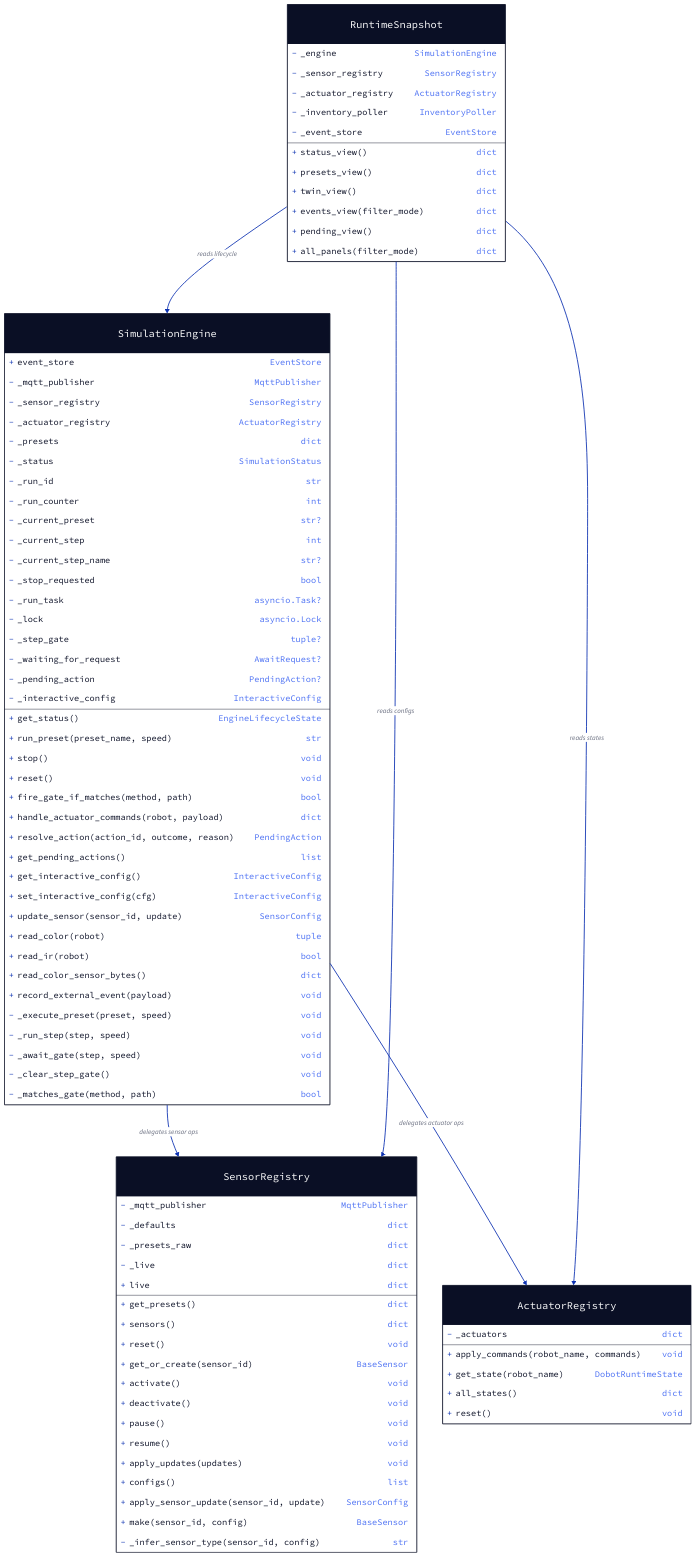
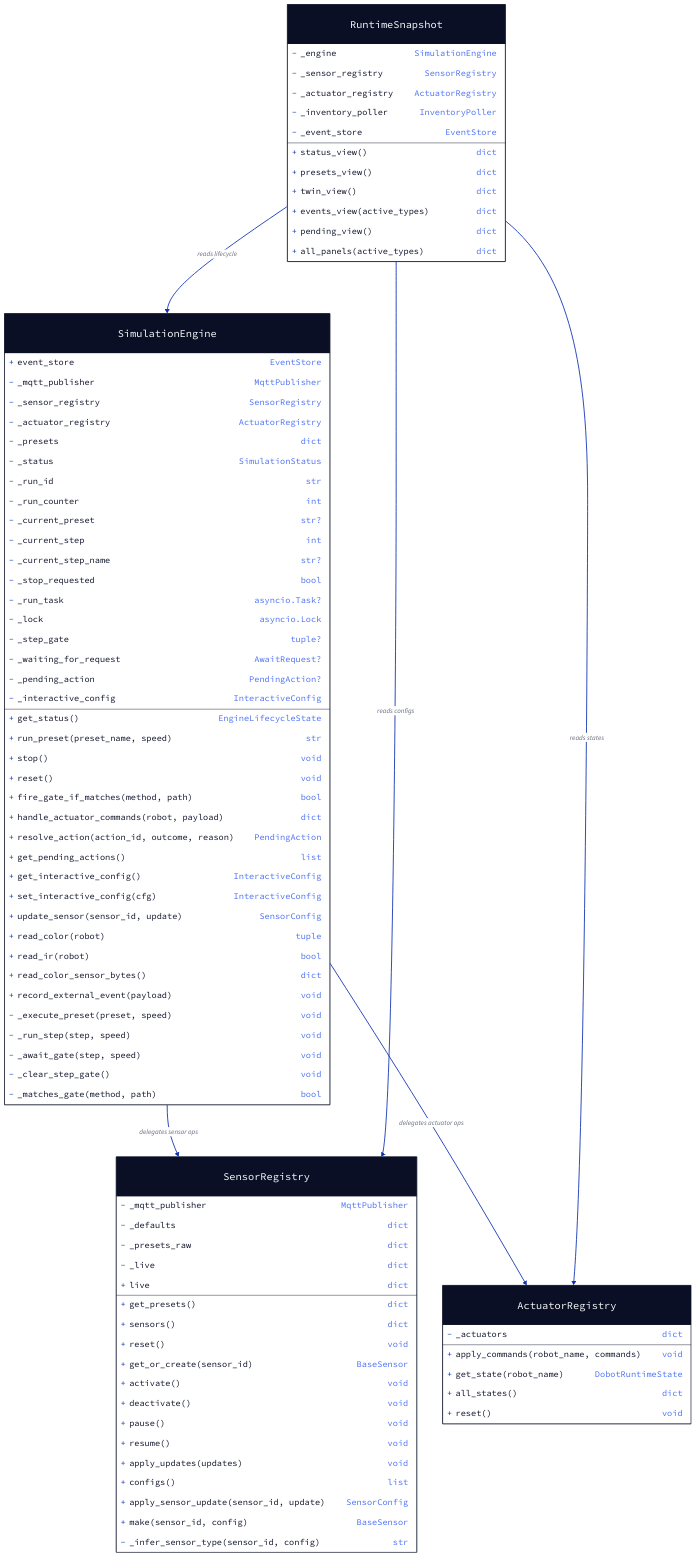
One commit to ielpo/edpo-project-group1 changed the diagram in services/simulated-factory/simulated_factory/diagrams/03-engine-class.d2. Above: the diagram before and after it, drawn with D2. The commit also changed 20 other files, not shown here.

```diff
--- a/services/simulated-factory/simulated_factory/diagrams/03-engine-class.d2
+++ b/services/simulated-factory/simulated_factory/diagrams/03-engine-class.d2
@@ -1,106 +1,106 @@
 # Engine + registries class diagram.
 # Render: d2 03-engine-class.d2 engine-class.svg
 
 SimulationEngine: {
   shape: class
 
   +event_store: EventStore
   -_mqtt_publisher: MqttPublisher
   -_sensor_registry: SensorRegistry
   -_actuator_registry: ActuatorRegistry
   -_presets: dict
   -_status: SimulationStatus
   -_run_id: str
   -_run_counter: int
   -_current_preset: str?
   -_current_step: int
   -_current_step_name: str?
   -_stop_requested: bool
   -_run_task: asyncio.Task?
   -_lock: asyncio.Lock
   -_step_gate: tuple?
   -_waiting_for_request: AwaitRequest?
   -_pending_action: PendingAction?
   -_interactive_config: InteractiveConfig
 
   +get_status(): EngineLifecycleState
   +run_preset(preset_name, speed): str
   +stop()
   +reset()
   +fire_gate_if_matches(method, path): bool
   +handle_actuator_commands(robot, payload): dict
   +resolve_action(action_id, outcome, reason): PendingAction
   +get_pending_actions(): list
   +get_interactive_config(): InteractiveConfig
   +set_interactive_config(cfg): InteractiveConfig
   +update_sensor(sensor_id, update): SensorConfig
   +read_color(robot): tuple
   +read_ir(robot): bool
   +read_color_sensor_bytes(): dict
   +record_external_event(payload)
   -_execute_preset(preset, speed)
   -_run_step(step, speed)
   -_await_gate(step, speed)
   -_clear_step_gate()
   -_matches_gate(method, path): bool
   -_record_event(event_type, **kwargs)
 }
 
 SensorRegistry: {
   shape: class
 
   -_mqtt_publisher: MqttPublisher
   -_defaults: dict
   -_presets_raw: dict
   -_live: dict
 
   +get_presets(): dict
   +sensors(): dict
   +reset()
   +get_or_create(sensor_id): BaseSensor
   +activate()
   +deactivate()
   +pause()
   +resume()
   +apply_updates(updates)
   +configs(): list
   +apply_sensor_update(sensor_id, update): SensorConfig
   +make(sensor_id, config): BaseSensor
   -_infer_sensor_type(sensor_id, config): str
   +live: dict
 }
 
 ActuatorRegistry: {
   shape: class
 
   -_actuators: dict
 
   +apply_commands(robot_name, commands)
   +get_state(robot_name): DobotRuntimeState
   +all_states(): dict
   +reset()
 }
 
 RuntimeSnapshot: {
   shape: class
 
   -_engine: SimulationEngine
   -_sensor_registry: SensorRegistry
   -_actuator_registry: ActuatorRegistry
   -_inventory_poller: InventoryPoller
   -_event_store: EventStore
 
   +status_view(): dict
   +presets_view(): dict
   +twin_view(): dict
-  +events_view(filter_mode): dict
+  +events_view(active_types): dict
   +pending_view(): dict
-  +all_panels(filter_mode): dict
+  +all_panels(active_types): dict
 }
 
 # Composition
 SimulationEngine -> SensorRegistry:   "delegates sensor ops"
 SimulationEngine -> ActuatorRegistry: "delegates actuator ops"
 RuntimeSnapshot  -> SimulationEngine: "reads lifecycle"
 RuntimeSnapshot  -> SensorRegistry:   "reads configs"
 RuntimeSnapshot  -> ActuatorRegistry: "reads states"
```
